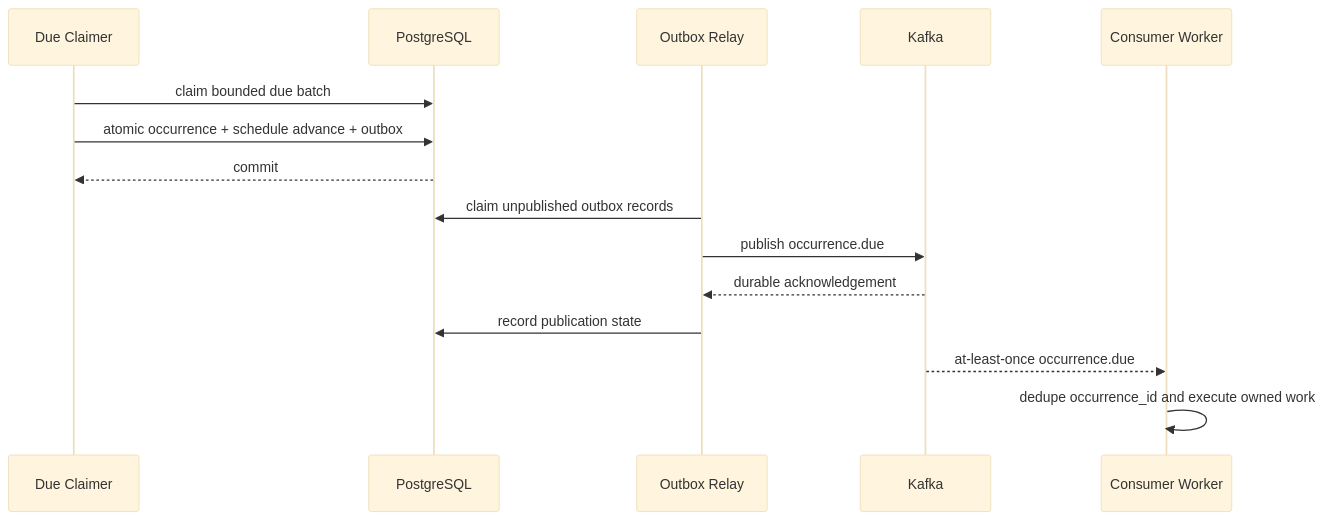
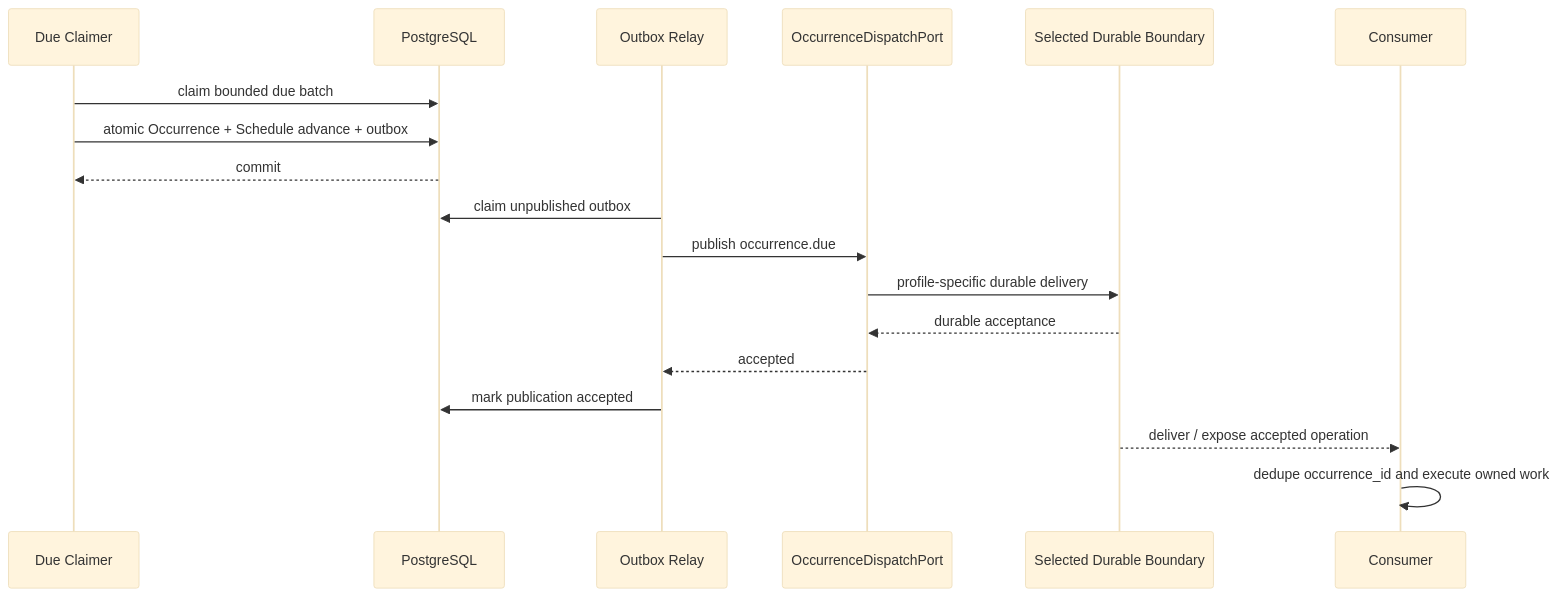
One commit to anshacerbia2/scnehaux-architecture changed the fourth of 4 diagrams in 04-system/scnehaux-scheduling-platform/scnehaux-scheduling-runtime.sad.md. Above: the diagram before and after it, drawn with Mermaid (base theme). The commit also changed other lines of this file and 18 other files, not shown here.

````diff
--- a/04-system/scnehaux-scheduling-platform/scnehaux-scheduling-runtime.sad.md
+++ b/04-system/scnehaux-scheduling-platform/scnehaux-scheduling-runtime.sad.md
@@ -206,18 +262,21 @@
 ```mermaid
 sequenceDiagram
     participant W as Due Claimer
     participant D as PostgreSQL
     participant R as Outbox Relay
-    participant K as Kafka
-    participant C as Consumer Worker
+    participant P as OccurrenceDispatchPort
+    participant X as Selected Durable Boundary
+    participant C as Consumer
 
     W->>D: claim bounded due batch
-    W->>D: atomic occurrence + schedule advance + outbox
+    W->>D: atomic Occurrence + Schedule advance + outbox
     D-->>W: commit
-    R->>D: claim unpublished outbox records
-    R->>K: publish occurrence.due
-    K-->>R: durable acknowledgement
-    R->>D: record publication state
-    K-->>C: at-least-once occurrence.due
+    R->>D: claim unpublished outbox
+    R->>P: publish occurrence.due
+    P->>X: profile-specific durable delivery
+    X-->>P: durable acceptance
+    P-->>R: accepted
+    R->>D: mark publication accepted
+    X-->>C: deliver / expose accepted operation
     C->>C: dedupe occurrence_id and execute owned work
 ```
````
